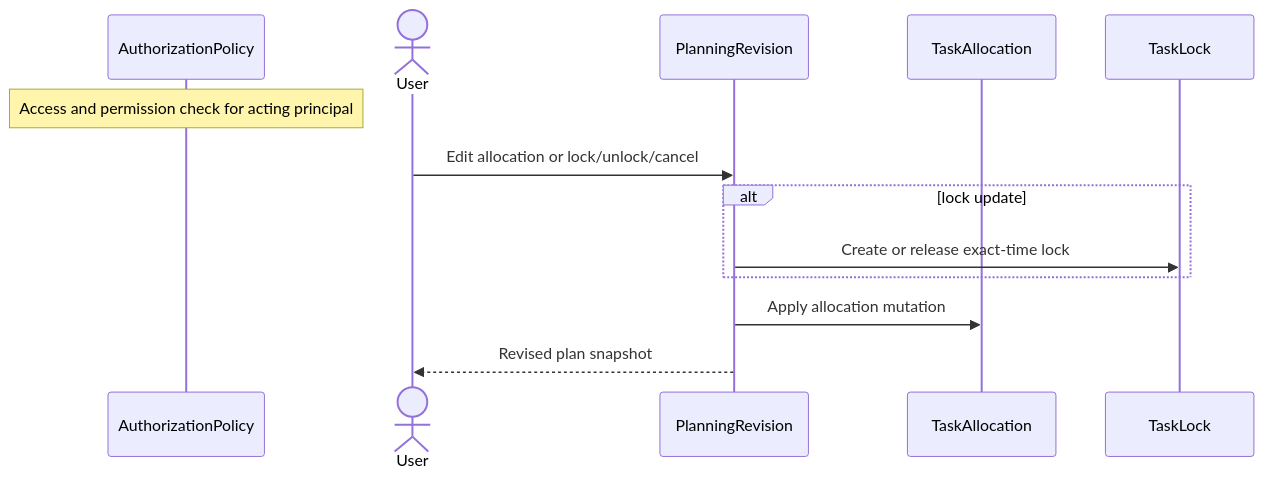
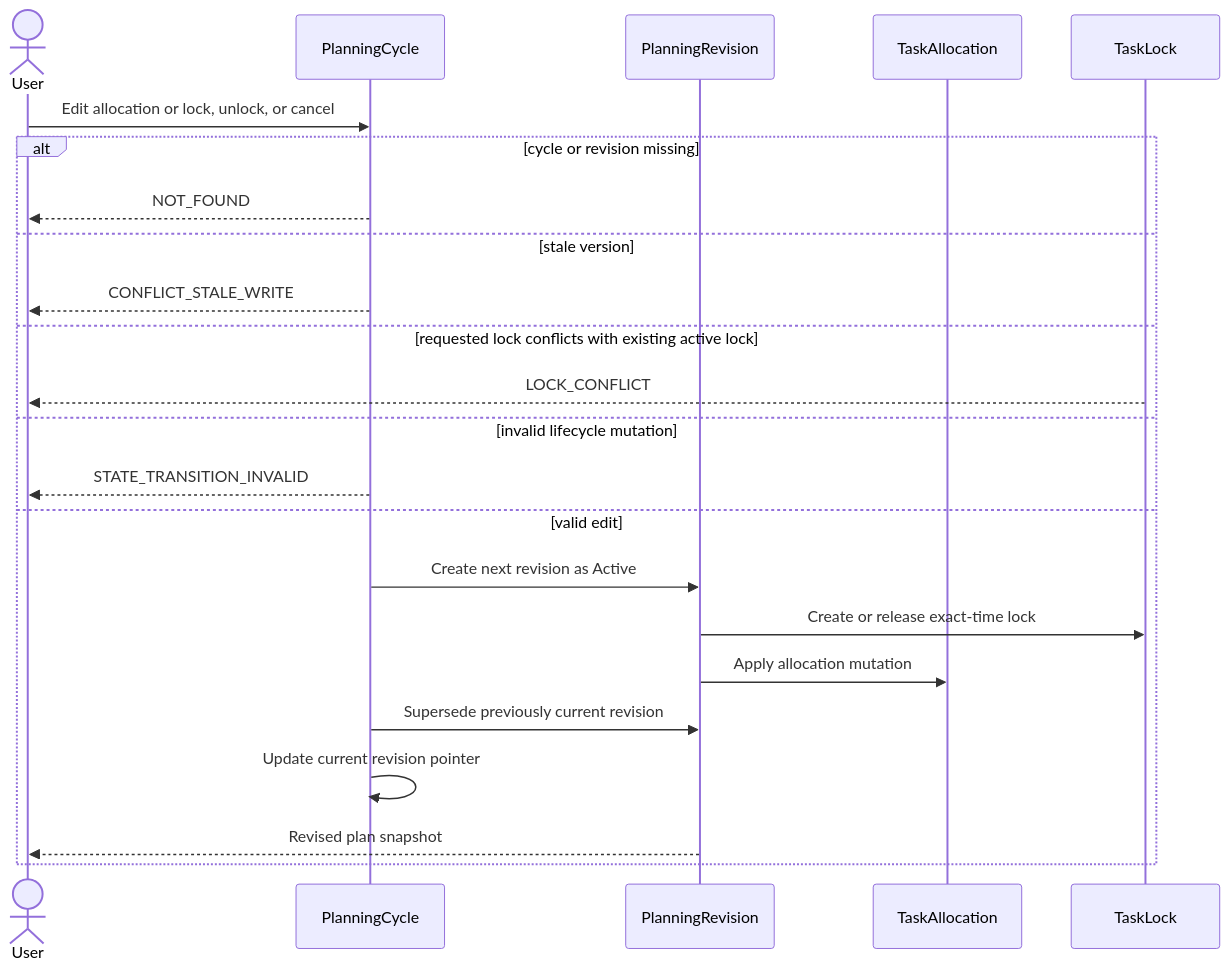
Before and after one commit to ChidiRnweke/margin: the ninth of 11 diagrams in architecture/sequence-diagrams/04-availability-planning.md, drawn with Mermaid. The commit also changed other lines of this file and 12 other files, not shown here.

Commit message:
Enhance sequence diagrams and introduce traceability matrix

````diff
--- a/architecture/sequence-diagrams/04-availability-planning.md
+++ b/architecture/sequence-diagrams/04-availability-planning.md
@@ -143,15 +194,25 @@
 ```mermaid
 sequenceDiagram
-    participant G as AuthorizationPolicy
-    Note over G: Access and permission check for acting principal
     actor U as User
+    participant C as PlanningCycle
     participant R as PlanningRevision
     participant A as TaskAllocation
     participant L as TaskLock
-    U->>R: Edit allocation or lock/unlock/cancel
-    alt lock update
-      R->>L: Create or release exact-time lock
+    U->>C: Edit allocation or lock, unlock, or cancel
+    alt cycle or revision missing
+        C-->>U: NOT_FOUND
+    else stale version
+        C-->>U: CONFLICT_STALE_WRITE
+    else requested lock conflicts with existing active lock
+        L-->>U: LOCK_CONFLICT
+    else invalid lifecycle mutation
+        C-->>U: STATE_TRANSITION_INVALID
+    else valid edit
+        C->>R: Create next revision as Active
+        R->>L: Create or release exact-time lock
+        R->>A: Apply allocation mutation
+        C->>R: Supersede previously current revision
+        C->>C: Update current revision pointer
+        R-->>U: Revised plan snapshot
     end
-    R->>A: Apply allocation mutation
-    R-->>U: Revised plan snapshot
 ```
````
